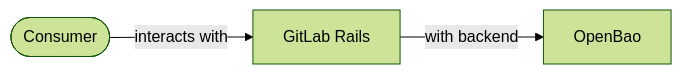
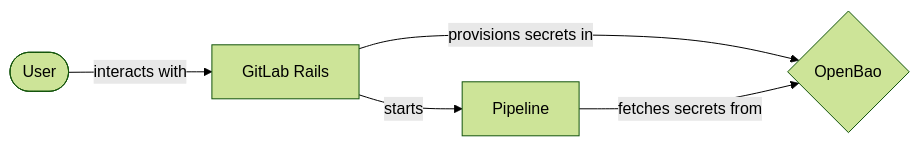
The first of 6 diagrams in content/handbook/engineering/architecture/design-documents/secret_manager/_index.md (secretstartups/handbook), drawn with Mermaid (forest theme) before and after one commit. The commit also changed other lines of this file, not shown here.

Commit message:
Expand design of secrets management

````diff
--- a/content/handbook/engineering/architecture/design-documents/secret_manager/_index.md
+++ b/content/handbook/engineering/architecture/design-documents/secret_manager/_index.md
@@ -104,4 +104,9 @@
 ```mermaid
 flowchart LR
-c([Consumer]) --interacts with-->glab[GitLab Rails]--with backend-->o[OpenBao]
+
+u([User]) --interacts with--> glab[GitLab Rails]--provisions secrets in-->o{OpenBao}
+
+glab --starts--> p[Pipeline]
+
+p --fetches secrets from--> o
 ```
````
